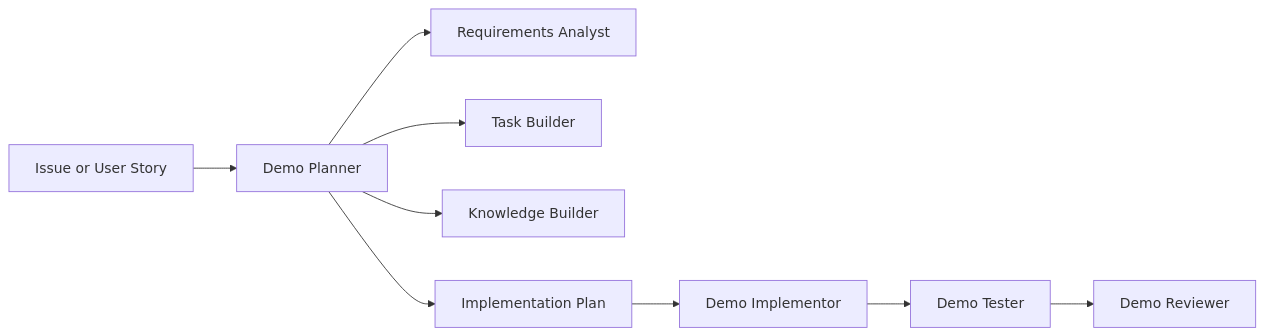
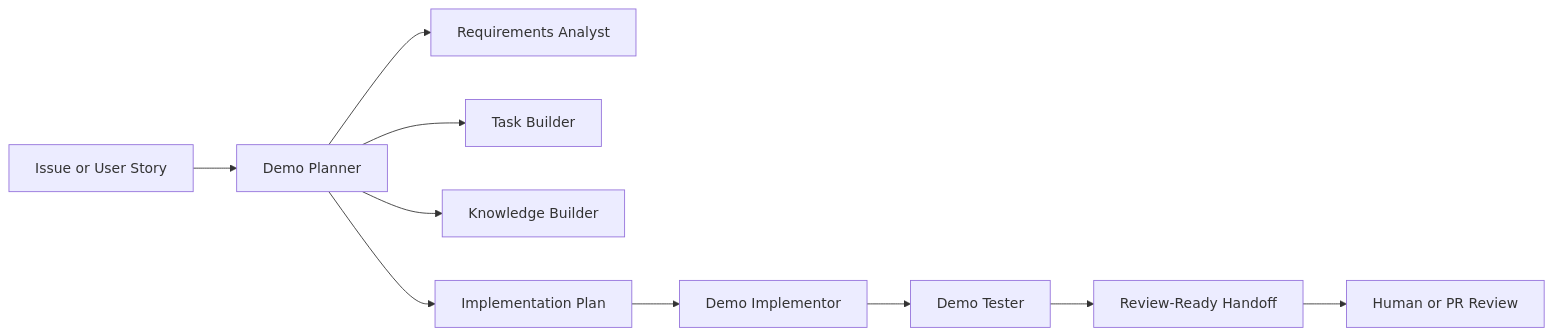
Before and after one commit to violabg/serviceDeskDemo: the diagram in README.md, drawn with Mermaid. The commit also changed other lines of this file and 29 other files, not shown here.

````diff
--- a/README.md
+++ b/README.md
@@ -71,11 +71,12 @@
 ```mermaid
 flowchart LR
     A[Issue or User Story] --> B[Demo Planner]
     B --> C[Requirements Analyst]
     B --> D[Task Builder]
     B --> E[Knowledge Builder]
     B --> F[Implementation Plan]
     F --> G[Demo Implementor]
     G --> H[Demo Tester]
-    H --> I[Demo Reviewer]
+    H --> I[Review-Ready Handoff]
+    I --> J[Human or PR Review]
 ```
````
